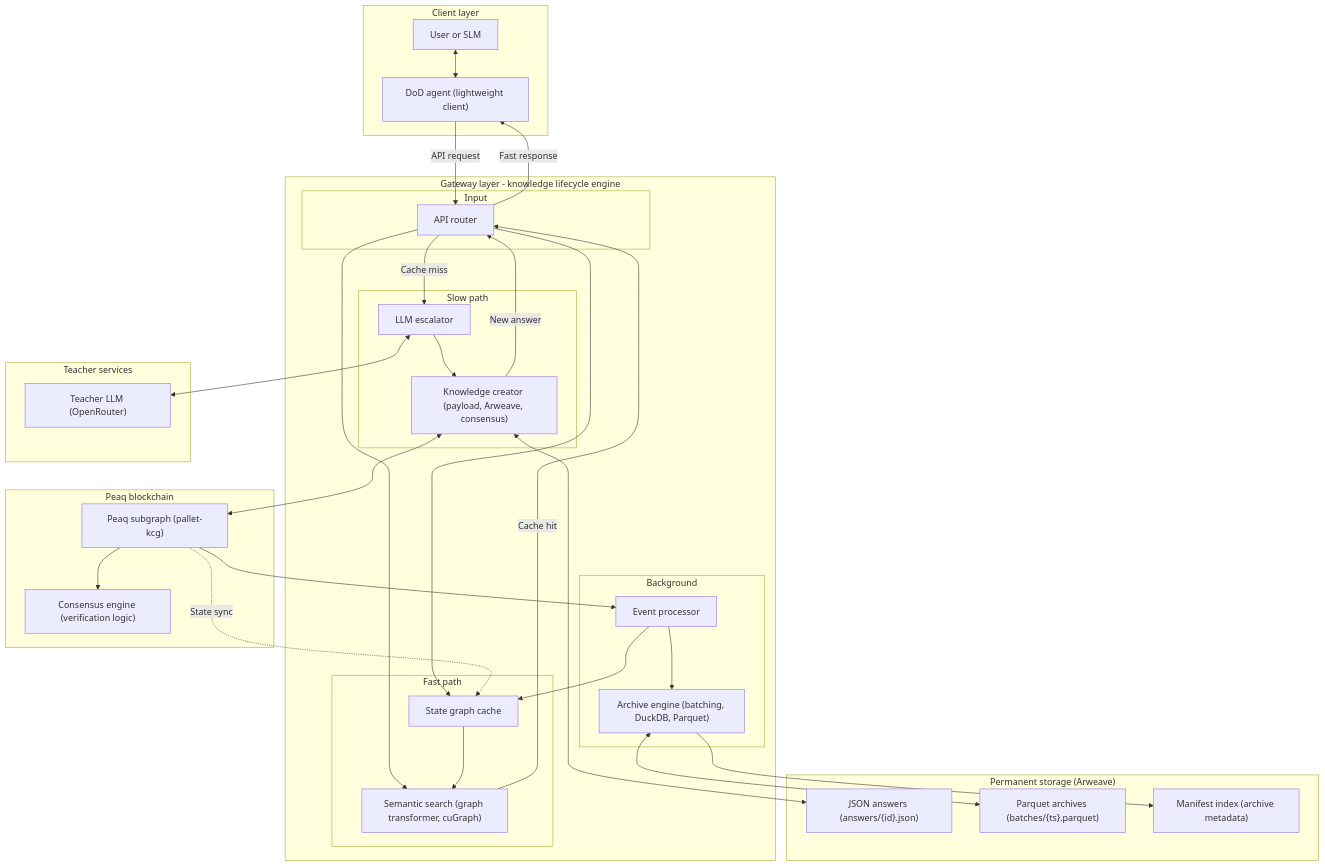
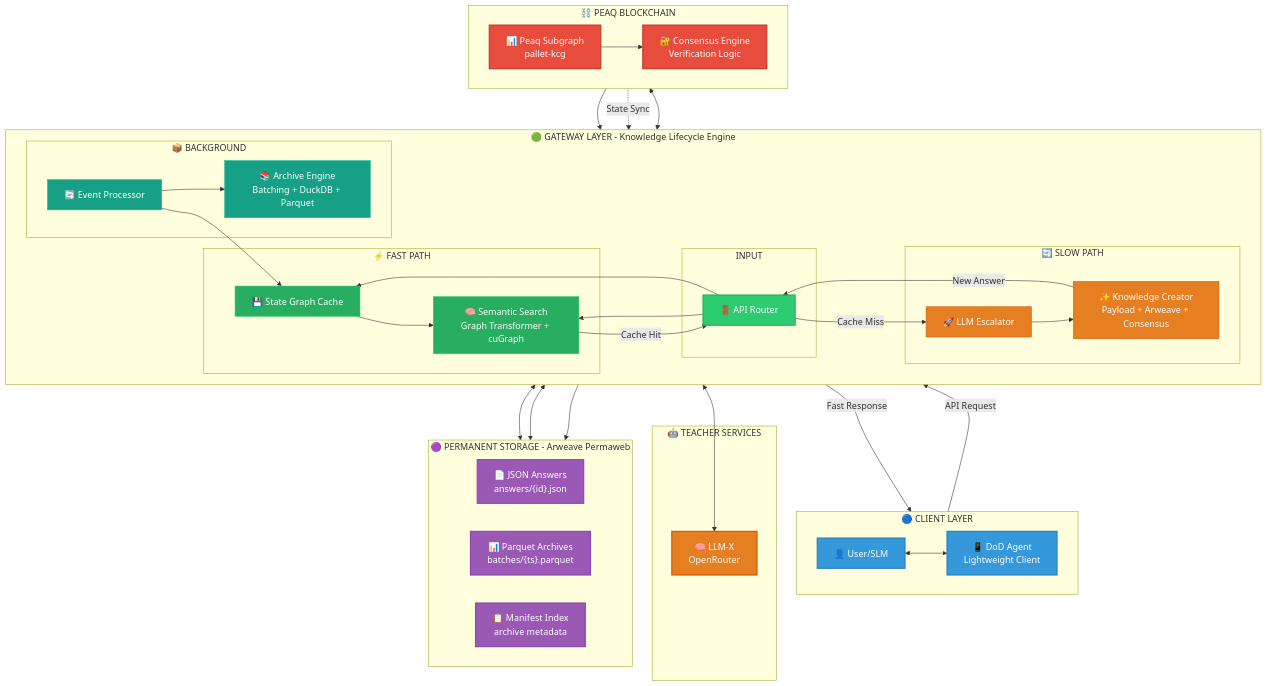
The first of 8 diagrams in membria-ce/decentralized-backend.mdx (actiquest-dev/documentation), drawn with Mermaid before and after one commit.

Commit message:
Restore mermaid diagram labels for backend architecture

````diff
--- a/membria-ce/decentralized-backend.mdx
+++ b/membria-ce/decentralized-backend.mdx
@@ -31,68 +31,102 @@
 ```mermaid
 graph TB
-  subgraph Client["Client layer"]
-    SLM["User or SLM"]
-    DoDAgent["DoD agent (lightweight client)"]
-    SLM <--> DoDAgent
-  end
-
-  subgraph Gateway["Gateway layer - knowledge lifecycle engine"]
-    subgraph Input["Input"]
-      Router["API router"]
+    %% Client Layer
+    subgraph Client["🔵 CLIENT LAYER"]
+        direction LR
+        SLM["👤 User/SLM"]
+        DoDAgent["📱 DoD Agent<br/>Lightweight Client"]
+        SLM <--> DoDAgent
     end
 
-    subgraph FastPath["Fast path"]
-      Cache["State graph cache"]
-      SemanticSearch["Semantic search (graph transformer, cuGraph)"]
+    %% Processing Layer - Main Gateway Logic
+    subgraph Gateway["🟢 GATEWAY LAYER - Knowledge Lifecycle Engine"]
+        direction LR
+
+        subgraph Input["INPUT"]
+            Router["🚪 API Router"]
+        end
+
+        subgraph FastPath["⚡ FAST PATH"]
+            Cache["💾 State Graph Cache"]
+            SemanticSearch["🧠 Semantic Search<br/>Graph Transformer + cuGraph"]
+        end
+
+        subgraph SlowPath["🔄 SLOW PATH"]
+            LLMEscalator["🚀 LLM Escalator"]
+            KnowledgeCreator["✨ Knowledge Creator<br/>Payload + Arweave + Consensus"]
+        end
+
+        subgraph Background["📦 BACKGROUND"]
+            EventProcessor["🔄 Event Processor"]
+            ArchiveEngine["📚 Archive Engine<br/>Batching + DuckDB + Parquet"]
+        end
     end
 
-    subgraph SlowPath["Slow path"]
-      LLMEscalator["LLM escalator"]
-      KnowledgeCreator["Knowledge creator (payload, Arweave, consensus)"]
+    %% Teacher Services Layer
+    subgraph Teacher["🤖 TEACHER SERVICES"]
+        LLMX["🧠 LLM-X<br/>OpenRouter"]
     end
 
-    subgraph Background["Background"]
-      EventProcessor["Event processor"]
-      ArchiveEngine["Archive engine (batching, DuckDB, Parquet)"]
+    %% Blockchain Layer
+    subgraph Blockchain["⛓️ PEAQ BLOCKCHAIN"]
+        direction LR
+        PeaqSubgraph["📊 Peaq Subgraph<br/>pallet-kcg"]
+        PeaqConsensus["🔐 Consensus Engine<br/>Verification Logic"]
     end
-  end
 
-  subgraph Teacher["Teacher services"]
-    LLMX["Teacher LLM (OpenRouter)"]
-  end
+    %% Storage Layer
+    subgraph Storage["🟣 PERMANENT STORAGE - Arweave Permaweb"]
+        direction LR
+        JSONFiles["📄 JSON Answers<br/>answers/{id}.json"]
+        ParquetArchives["📊 Parquet Archives<br/>batches/{ts}.parquet"]
+        ManifestIndex["📋 Manifest Index<br/>archive metadata"]
+    end
 
-  subgraph Blockchain["Peaq blockchain"]
-    PeaqSubgraph["Peaq subgraph (pallet-kcg)"]
-    PeaqConsensus["Consensus engine (verification logic)"]
-  end
+    %% Main Flow - Client Request
+    DoDAgent -->|"API Request"| Router
 
-  subgraph Storage["Permanent storage (Arweave)"]
-    JSONFiles["JSON answers (answers/{id}.json)"]
-    ParquetArchives["Parquet archives (batches/{ts}.parquet)"]
-    ManifestIndex["Manifest index (archive metadata)"]
-  end
+    %% Fast Path Flow
+    Router --> Cache
+    Router --> SemanticSearch
+    Cache --> SemanticSearch
+    SemanticSearch -->|"Cache Hit"| Router
+    Router -->|"Fast Response"| DoDAgent
 
-  DoDAgent -->|"API request"| Router
+    %% Slow Path Flow
+    Router -->|"Cache Miss"| LLMEscalator
+    LLMEscalator <--> LLMX
+    LLMEscalator --> KnowledgeCreator
+    KnowledgeCreator <--> JSONFiles
+    KnowledgeCreator <--> PeaqSubgraph
+    PeaqSubgraph --> PeaqConsensus
+    KnowledgeCreator -->|"New Answer"| Router
 
-  Router --> Cache
-  Router --> SemanticSearch
-  Cache --> SemanticSearch
-  SemanticSearch -->|"Cache hit"| Router
-  Router -->|"Fast response"| DoDAgent
+    %% Background Processing
+    PeaqSubgraph --> EventProcessor
+    EventProcessor --> Cache
+    EventProcessor --> ArchiveEngine
+    ArchiveEngine <--> ParquetArchives
+    ArchiveEngine --> ManifestIndex
 
-  Router -->|"Cache miss"| LLMEscalator
-  LLMEscalator <--> LLMX
-  LLMEscalator --> KnowledgeCreator
-  KnowledgeCreator <--> JSONFiles
-  KnowledgeCreator <--> PeaqSubgraph
-  PeaqSubgraph --> PeaqConsensus
-  KnowledgeCreator -->|"New answer"| Router
+    %% State Sync
+    PeaqSubgraph -.->|"State Sync"| Cache
 
-  PeaqSubgraph --> EventProcessor
-  EventProcessor --> Cache
-  EventProcessor --> ArchiveEngine
-  ArchiveEngine <--> ParquetArchives
-  ArchiveEngine --> ManifestIndex
+    %% Styling by Layer
+    classDef clientStyle fill:#3498db,stroke:#2980b9,color:#fff,stroke-width:2px
+    classDef gatewayStyle fill:#2ecc71,stroke:#27ae60,color:#fff,stroke-width:2px
+    classDef teacherStyle fill:#e67e22,stroke:#d35400,color:#fff,stroke-width:2px
+    classDef blockchainStyle fill:#e74c3c,stroke:#c0392b,color:#fff,stroke-width:2px
+    classDef storageStyle fill:#9b59b6,stroke:#8e44ad,color:#fff,stroke-width:2px
+    classDef fastStyle fill:#27ae60,stroke:#2ecc71,color:#fff
+    classDef slowStyle fill:#e67e22,stroke:#d35400,color:#fff
+    classDef backgroundStyle fill:#16a085,stroke:#1abc9c,color:#fff
 
-  PeaqSubgraph -.->|"State sync"| Cache
+    class SLM,DoDAgent clientStyle
+    class Router gatewayStyle
+    class Cache,SemanticSearch fastStyle
+    class LLMEscalator,KnowledgeCreator slowStyle
+    class EventProcessor,ArchiveEngine backgroundStyle
+    class LLMX teacherStyle
+    class PeaqSubgraph,PeaqConsensus blockchainStyle
+    class JSONFiles,ParquetArchives,ManifestIndex storageStyle
 ```
````
